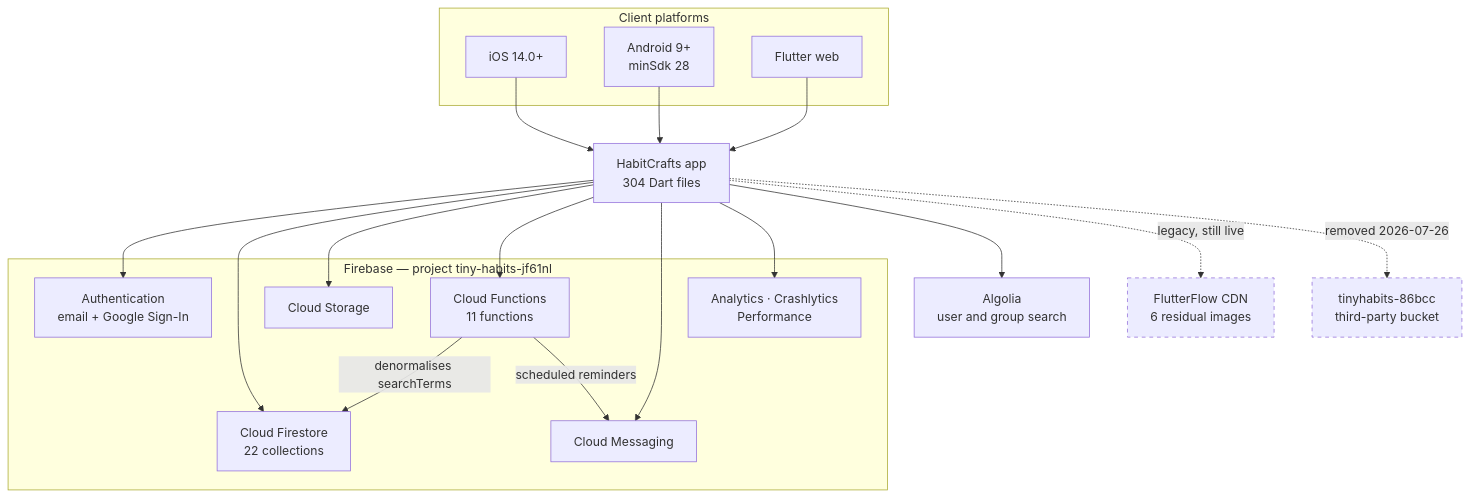
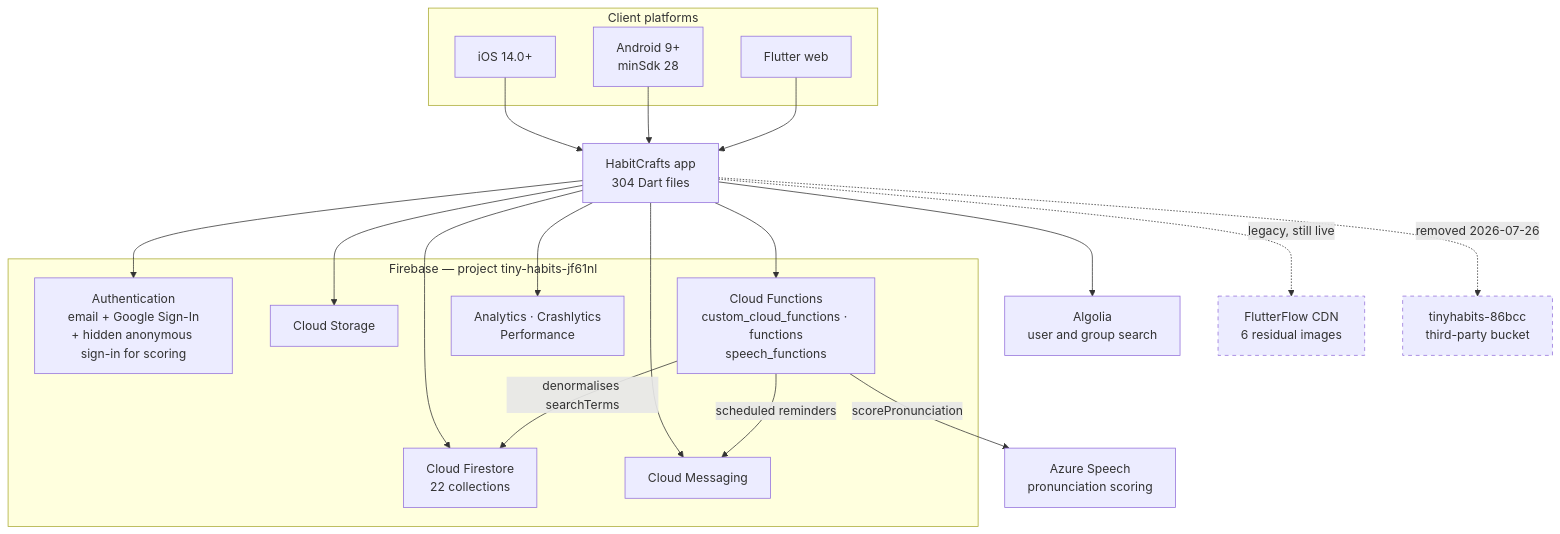
Before and after one commit to Mark-lichman/HabitCrafts: the diagram in docs/architecture/01-system-context.md, drawn with Mermaid. The commit also changed other lines of this file and 6 other files, not shown here.

````diff
--- a/docs/architecture/01-system-context.md
+++ b/docs/architecture/01-system-context.md
@@ -5,44 +5,46 @@
 ```mermaid
 flowchart TB
     subgraph clients["Client platforms"]
         IOS["iOS 14.0+"]
         AND["Android 9+<br/>minSdk 28"]
         WEB["Flutter web"]
     end
 
     APP["HabitCrafts app<br/>304 Dart files"]
 
     IOS --> APP
     AND --> APP
     WEB --> APP
 
     subgraph fb["Firebase — project tiny-habits-jf61nl"]
-        AUTH["Authentication<br/>email + Google Sign-In"]
+        AUTH["Authentication<br/>email + Google Sign-In<br/>+ hidden anonymous sign-in for scoring"]
         FS["Cloud Firestore<br/>22 collections"]
         ST["Cloud Storage"]
-        FN["Cloud Functions<br/>11 functions"]
+        FN["Cloud Functions<br/>custom_cloud_functions · functions<br/>speech_functions"]
         FCM["Cloud Messaging"]
         OBS["Analytics · Crashlytics<br/>Performance"]
     end
 
     APP --> AUTH
     APP --> FS
     APP --> ST
     APP --> FN
     APP --> FCM
     APP --> OBS
 
     ALG["Algolia<br/>user and group search"]
     APP --> ALG
+    AZ["Azure Speech<br/>pronunciation scoring"]
+    FN -->|"scorePronunciation"| AZ
     FN -->|"denormalises searchTerms"| FS
     FN -->|"scheduled reminders"| FCM
 
     CDN["FlutterFlow CDN<br/>6 residual images"]
     APP -.->|"legacy, still live"| CDN
 
     DEAD["tinyhabits-86bcc<br/>third-party bucket"]
     APP -.->|"removed 2026-07-26"| DEAD
 
     style DEAD stroke-dasharray: 5 5
     style CDN stroke-dasharray: 5 5
 ```
````
